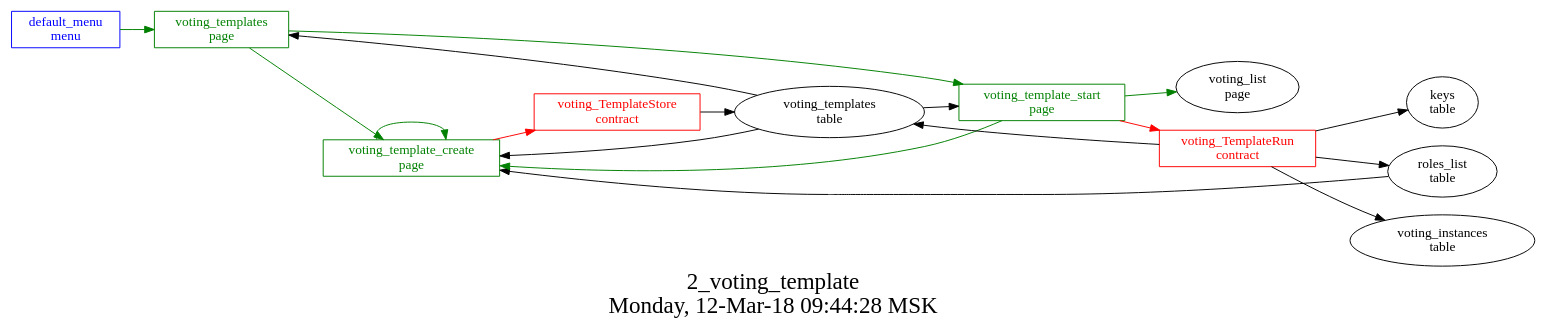
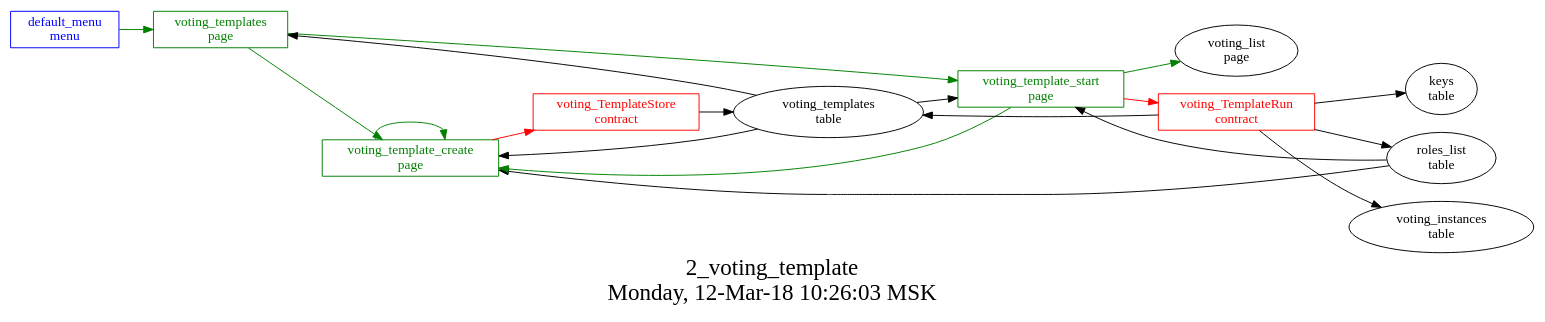
One commit to AplaProject/apps changed the diagram in src/basic/basic_main/2_voting_templates/struct.dot. Above: the diagram before and after it, drawn with Graphviz. The commit also changed 3 other files, not shown here.

```diff
--- a/src/basic/basic_main/2_voting_templates/struct.dot
+++ b/src/basic/basic_main/2_voting_templates/struct.dot
@@ -1,34 +1,35 @@
 digraph G {
 graph [
   fontsize="24";
-  label="2_voting_template\nMonday, 12-Mar-18 09:44:28 MSK";
+  label="2_voting_template\nMonday, 12-Mar-18 10:26:03 MSK";
   nojustify=true;
   ordering=out;
   rankdir=LR;
   size="30";
 ];
 "default_menu\nmenu" -> "voting_templates\npage"  [ color=green ]
 "default_menu\nmenu" [color=blue, fontcolor=blue, group=menus, shape=record];
 "voting_template_create\npage" -> "voting_TemplateStore\ncontract"  [ color=red ]
 "voting_templates\ntable" -> "voting_template_create\npage"  [ color="" ]
 "roles_list\ntable" -> "voting_template_create\npage"  [ color="" ]
 "voting_template_create\npage" -> "voting_template_create\npage"  [ color=green ]
 "voting_template_create\npage" [color=green, fontcolor=green, group=pages, shape=record];
 "voting_template_start\npage" -> "voting_TemplateRun\ncontract"  [ color=red ]
 "voting_templates\ntable" -> "voting_template_start\npage"  [ color="" ]
+"roles_list\ntable" -> "voting_template_start\npage"  [ color="" ]
 "voting_template_start\npage" -> "voting_template_create\npage"  [ color=green ]
 "voting_template_start\npage" -> "voting_list\npage"  [ color=green ]
 "voting_template_start\npage" [color=green, fontcolor=green, group=pages, shape=record];
 "voting_templates\ntable" -> "voting_templates\npage"  [ color="" ]
 "voting_templates\npage" -> "voting_template_start\npage"  [ color=green ]
 "voting_templates\npage" -> "voting_template_create\npage"  [ color=green ]
 "voting_templates\npage" [color=green, fontcolor=green, group=pages, shape=record];
 "voting_TemplateRun\ncontract" -> "voting_templates\ntable"  [ color="" ]
 "voting_TemplateRun\ncontract" -> "keys\ntable"  [ color="" ]
 "voting_TemplateRun\ncontract" -> "roles_list\ntable"  [ color="" ]
 "voting_TemplateRun\ncontract" -> "voting_instances\ntable"  [ color="" ]
 "voting_TemplateRun\ncontract" [color=red, fontcolor=red, group=contracts, shape=record];
 "voting_TemplateStore\ncontract" -> "voting_templates\ntable"  [ color="" ]
 "voting_TemplateStore\ncontract" [color=red, fontcolor=red, group=contracts, shape=record];
 "voting_templates\ntable" [color="", fontcolor="", group=tables, shape=""];
 }
```
